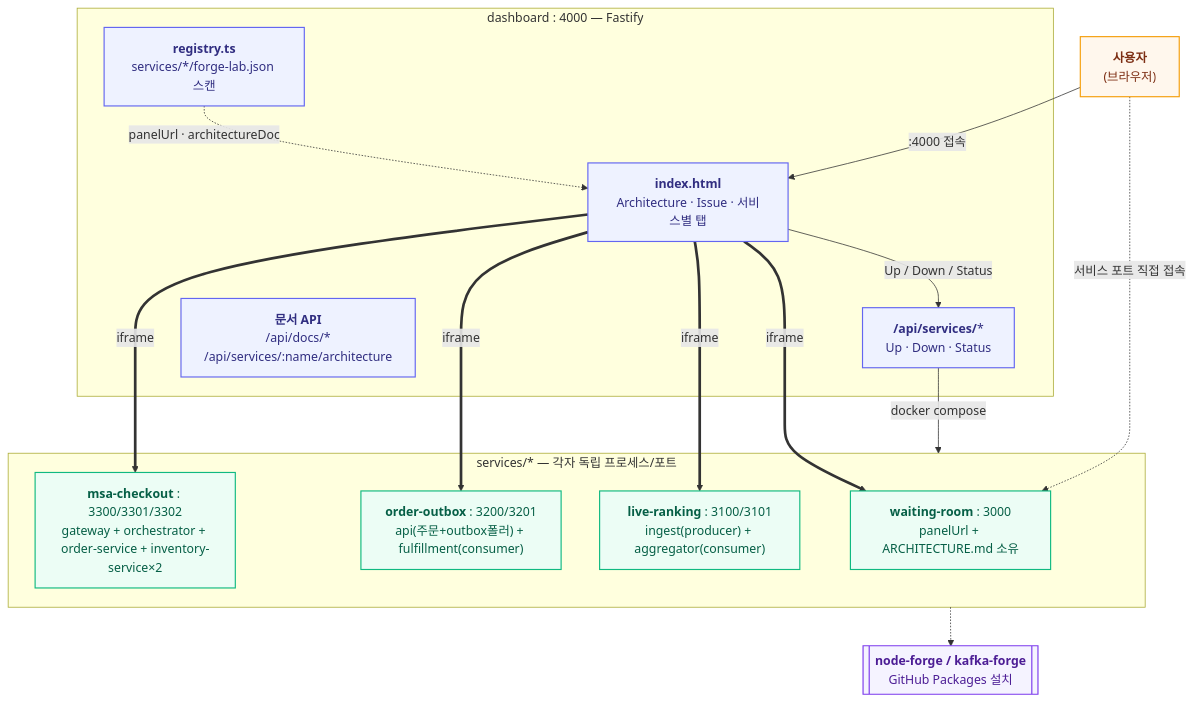
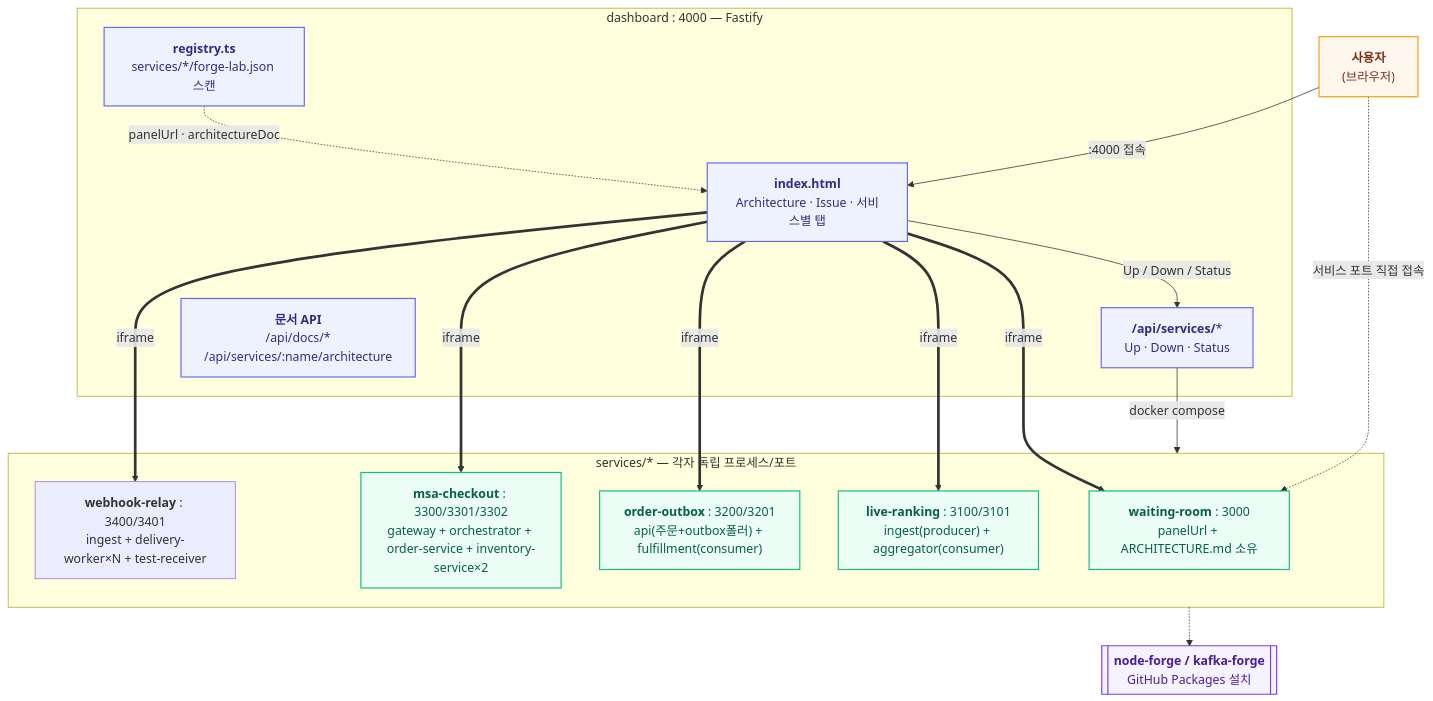
Before and after one commit to paikpaik/forgeLab: the diagram in docs/architecture.md, drawn with Mermaid. The commit also changed other lines of this file and 54 other files, not shown here.

````diff
--- a/docs/architecture.md
+++ b/docs/architecture.md
@@ -33,53 +35,56 @@
 ```mermaid
 flowchart TB
     U["`**사용자**
     (브라우저)`"]
 
     subgraph DB["dashboard : 4000 — Fastify"]
         DUI["`**index.html**
         Architecture · Issue · 서비스별 탭`"]
         DAPI["`**/api/services/***
         Up · Down · Status`"]
         DREG["`**registry.ts**
         services/*/forge-lab.json 스캔`"]
         DDOC["`**문서 API**
         /api/docs/*
         /api/services/:name/architecture`"]
     end
 
     subgraph SVC["services/* — 각자 독립 프로세스/포트"]
         S1["`**waiting-room** : 3000
         panelUrl + ARCHITECTURE.md 소유`"]
         S2["`**live-ranking** : 3100/3101
         ingest(producer) + aggregator(consumer)`"]
         S3["`**order-outbox** : 3200/3201
         api(주문+outbox폴러) + fulfillment(consumer)`"]
         S4["`**msa-checkout** : 3300/3301/3302
         gateway + orchestrator + order-service + inventory-service×2`"]
+        S5["`**webhook-relay** : 3400/3401
+        ingest + delivery-worker×N + test-receiver`"]
     end
 
     NF[["`**node-forge / kafka-forge**
     GitHub Packages 설치`"]]
 
     U -->|":4000 접속"| DUI
     DUI -->|"Up / Down / Status"| DAPI
     DAPI -->|"docker compose"| SVC
     DREG -.->|"panelUrl · architectureDoc"| DUI
     DUI ==>|"iframe"| S1
     DUI ==>|"iframe"| S2
     DUI ==>|"iframe"| S3
     DUI ==>|"iframe"| S4
+    DUI ==>|"iframe"| S5
     U -.->|"서비스 포트 직접 접속"| S1
 
     SVC -.-> NF
 
     classDef dashboardNode fill:#eef2ff,stroke:#6366f1,stroke-width:1.5px,color:#312e81
     classDef serviceNode fill:#ecfdf5,stroke:#10b981,stroke-width:1.5px,color:#065f46
     classDef forgeNode fill:#f5f3ff,stroke:#7c3aed,stroke-width:1.5px,color:#4c1d95
     classDef userNode fill:#fff7ed,stroke:#f59e0b,stroke-width:1.5px,color:#7c2d12
 
     class U userNode
     class DUI,DAPI,DREG,DDOC dashboardNode
     class S1,S2,S3,S4 serviceNode
     class NF forgeNode
 ```
````
